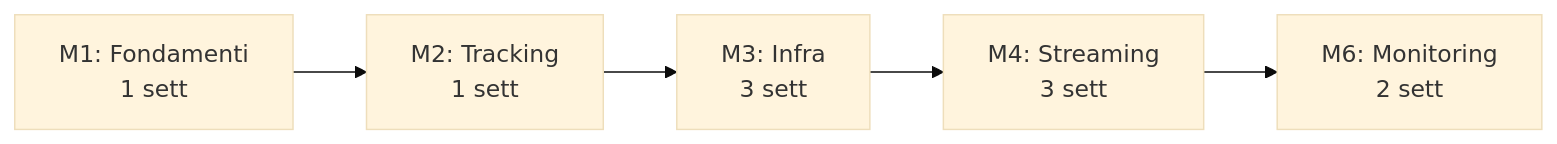
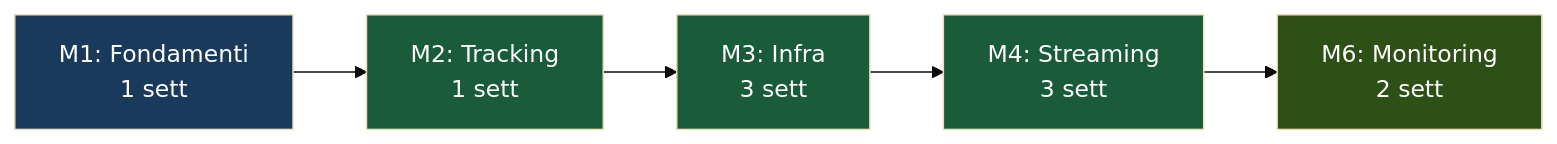
The third of 4 diagrams in src/content/corso/panoramica/mappe-concettuali.mdx (AndreyBertasini/gynnitech), drawn with Mermaid (base theme) before and after one commit. The commit also changed other lines of this file and 21 other files, not shown here.

First line of the commit message:
style: applica color scheme semantico a tutti i diagrammi Mermaid del corso

````diff
--- a/src/content/corso/panoramica/mappe-concettuali.mdx
+++ b/src/content/corso/panoramica/mappe-concettuali.mdx
@@ -54,6 +64,11 @@
 ```mermaid
 graph LR
-    A["M1: Fondamenti<br>1 sett"] --> B["M2: Tracking<br>1 sett"] 
+    A["M1: Fondamenti<br>1 sett"] --> B["M2: Tracking<br>1 sett"]
     --> C["M3: Infra<br>3 sett"] --> D["M4: Streaming<br>3 sett"]
     --> E["M6: Monitoring<br>2 sett"]
+    style A fill:#1a3a5c,color:#ffffff
+    style B fill:#1a5c3a,color:#ffffff
+    style C fill:#1a5c3a,color:#ffffff
+    style D fill:#1a5c3a,color:#ffffff
+    style E fill:#2d5016,color:#ffffff
 ```
````
